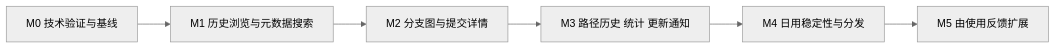
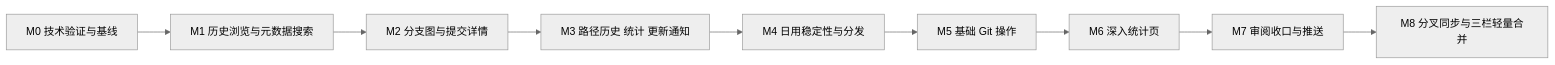
One commit to WatsonHS/cherrypeek changed the diagram in docs/ROADMAP.md. Above: the diagram before and after it, drawn with Mermaid (neutral theme). The commit also changed other lines of this file and 91 other files, not shown here.

````diff
--- a/docs/ROADMAP.md
+++ b/docs/ROADMAP.md
@@ -5,8 +5,11 @@
 ```mermaid
 flowchart LR
-    M0[M0 技术验证与基线] --> M1[M1 历史浏览与元数据搜索]
-    M1 --> M2[M2 分支图与提交详情]
-    M2 --> M3[M3 路径历史 统计 更新通知]
-    M3 --> M4[M4 日用稳定性与分发]
-    M4 --> M5[M5 由使用反馈扩展]
+    M0["M0 技术验证与基线"] --> M1["M1 历史浏览与元数据搜索"]
+    M1 --> M2["M2 分支图与提交详情"]
+    M2 --> M3["M3 路径历史 统计 更新通知"]
+    M3 --> M4["M4 日用稳定性与分发"]
+    M4 --> M5["M5 基础 Git 操作"]
+    M5 --> M6["M6 深入统计页"]
+    M6 --> M7["M7 审阅收口与推送"]
+    M7 --> M8["M8 分叉同步与三栏轻量合并"]
 ```
````
